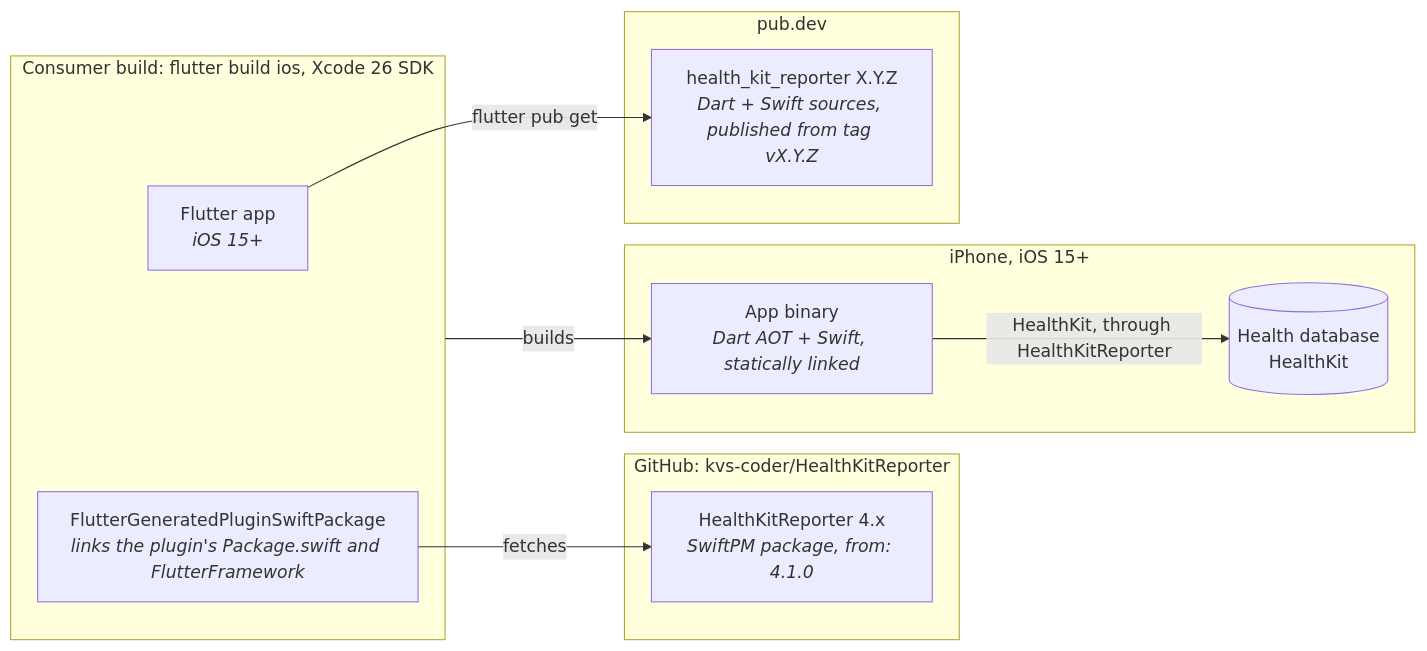
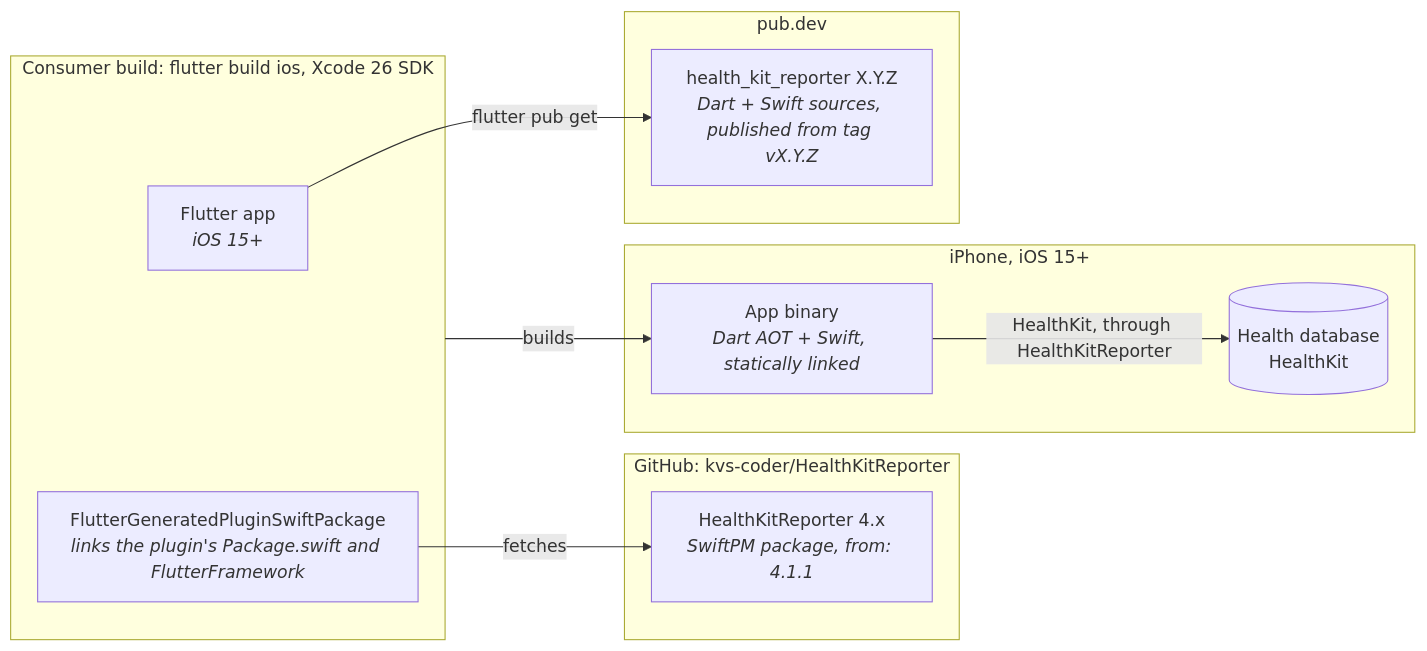
The diagram in doc/arc42/07-deployment-view.md (kvs-coder/health_kit_reporter), drawn with Mermaid before and after one commit. The commit also changed 6 other files, not shown here.

First line of the commit message:
fix: require HealthKitReporter 4.1.1

````diff
--- a/doc/arc42/07-deployment-view.md
+++ b/doc/arc42/07-deployment-view.md
@@ -5,21 +5,21 @@
 ```mermaid
 flowchart LR
     subgraph pub["pub.dev"]
         pkg["health_kit_reporter X.Y.Z<br/><i>Dart + Swift sources, published from tag vX.Y.Z</i>"]
     end
     subgraph gh["GitHub: kvs-coder/HealthKitReporter"]
-        lib["HealthKitReporter 4.x<br/><i>SwiftPM package, from: 4.1.0</i>"]
+        lib["HealthKitReporter 4.x<br/><i>SwiftPM package, from: 4.1.1</i>"]
     end
     subgraph build["Consumer build: flutter build ios, Xcode 26 SDK"]
         app["Flutter app<br/><i>iOS 15+</i>"]
         gen["FlutterGeneratedPluginSwiftPackage<br/><i>links the plugin's Package.swift and FlutterFramework</i>"]
     end
     subgraph device["iPhone, iOS 15+"]
         bin["App binary<br/><i>Dart AOT + Swift, statically linked</i>"]
         store[("Health database<br/>HealthKit")]
     end
     app -- "flutter pub get" --> pkg
     gen -- fetches --> lib
     build -- builds --> bin
     bin -- "HealthKit, through HealthKitReporter" --> store
 ```
````
